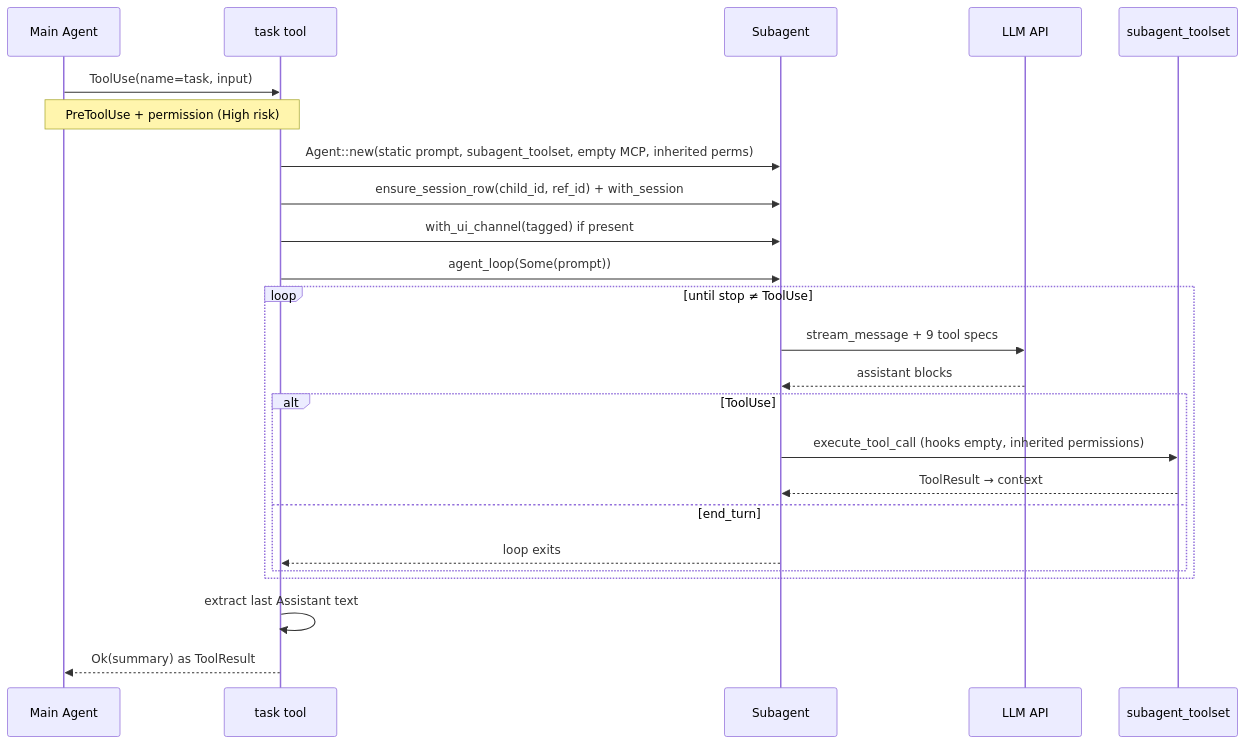
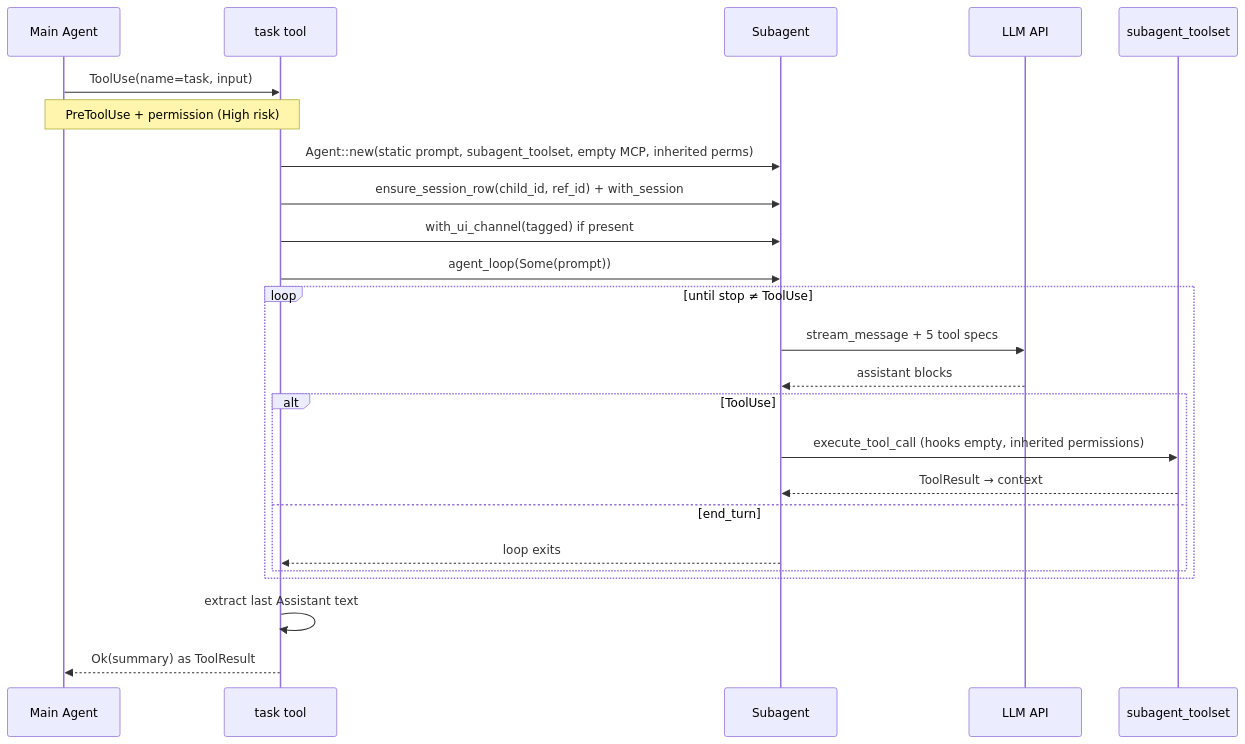
The first of 5 diagrams in book/12_chapter_subagent.md (rust-infra/tact), drawn with Mermaid before and after one commit. The commit also changed other lines of this file and 6 other files, not shown here.

````diff
--- a/book/12_chapter_subagent.md
+++ b/book/12_chapter_subagent.md
@@ -92,29 +92,29 @@
 ```mermaid
 sequenceDiagram
     participant Parent as Main Agent
     participant Task as task tool
     participant Sub as Subagent
     participant LLM as LLM API
     participant Tools as subagent_toolset
 
     Parent->>Task: ToolUse(name=task, input)
     Note over Parent,Task: PreToolUse + permission (High risk)
     Task->>Sub: Agent::new(static prompt, subagent_toolset, empty MCP, inherited perms)
     Task->>Sub: ensure_session_row(child_id, ref_id) + with_session
     Task->>Sub: with_ui_channel(tagged) if present
     Task->>Sub: agent_loop(Some(prompt))
 
     loop until stop ≠ ToolUse
-        Sub->>LLM: stream_message + 9 tool specs
+        Sub->>LLM: stream_message + 5 tool specs
         LLM-->>Sub: assistant blocks
         alt ToolUse
             Sub->>Tools: execute_tool_call (hooks empty, inherited permissions)
             Tools-->>Sub: ToolResult → context
         else end_turn
             Sub-->>Task: loop exits
         end
     end
 
     Task->>Task: extract last Assistant text
     Task-->>Parent: Ok(summary) as ToolResult
 ```
````
